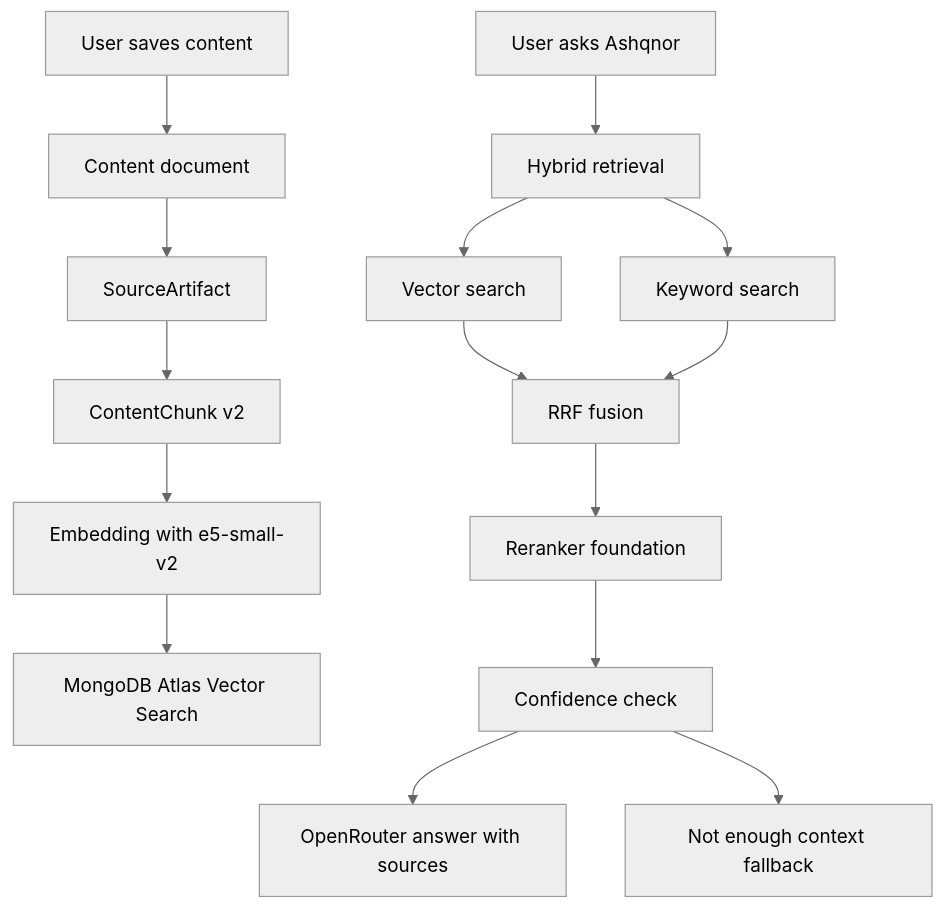
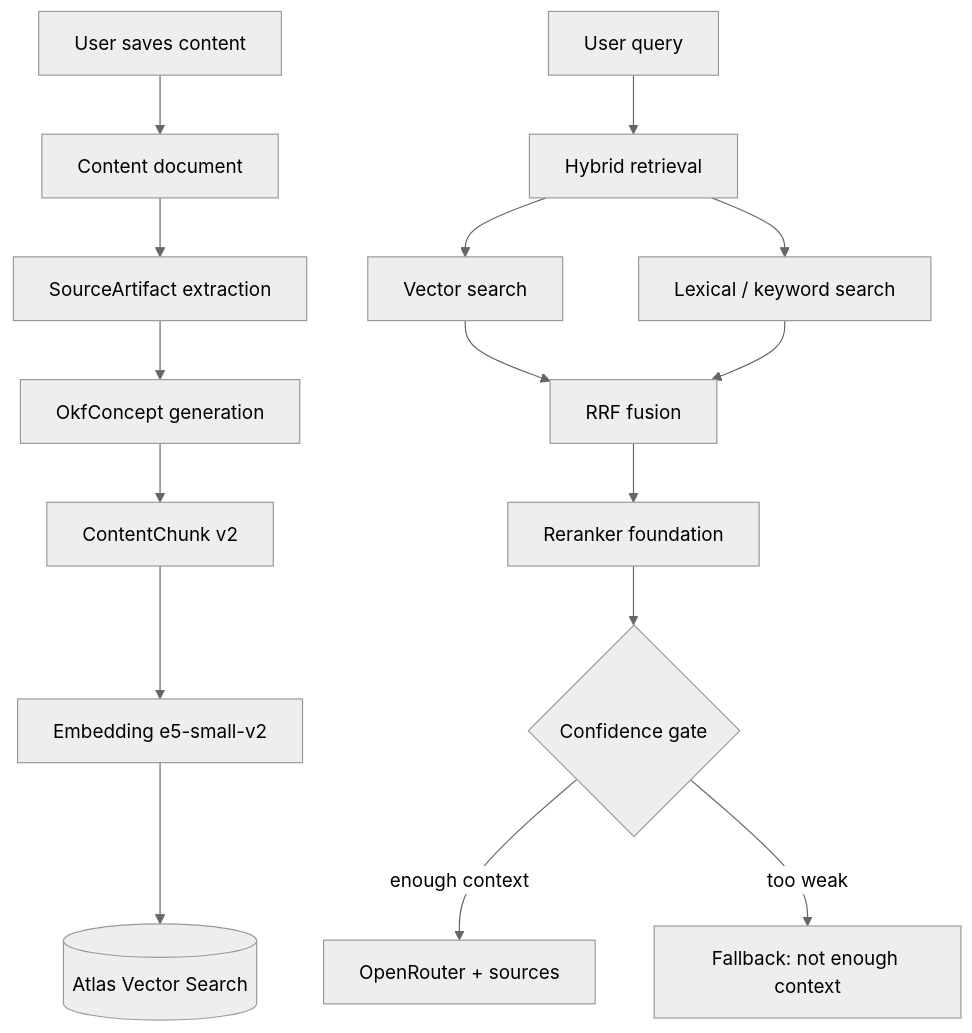
One commit to ANUKOOL324/Concious changed the second of 4 diagrams in README.md. Above: the diagram before and after it, drawn with Mermaid (neutral theme). The commit also changed other lines of this file and 1 other file, not shown here.

````diff
--- a/README.md
+++ b/README.md
@@ -63,17 +98,19 @@
 ```mermaid
 flowchart TD
   A[User saves content] --> B[Content document]
-  B --> C[SourceArtifact]
-  C --> D[ContentChunk v2]
-  D --> E[Embedding with e5-small-v2]
-  E --> F[MongoDB Atlas Vector Search]
-  G[User asks Ashqnor] --> H[Hybrid retrieval]
+  B --> C[SourceArtifact extraction]
+  C --> D[OkfConcept generation]
+  D --> E[ContentChunk v2]
+  E --> F[Embedding e5-small-v2]
+  F --> G[(Atlas Vector Search)]
+
+  Q[User query] --> H[Hybrid retrieval]
   H --> I[Vector search]
-  H --> J[Keyword search]
+  H --> J[Lexical / keyword search]
   I --> K[RRF fusion]
   J --> K
   K --> L[Reranker foundation]
-  L --> M[Confidence check]
-  M --> N[OpenRouter answer with sources]
-  M --> O[Not enough context fallback]
+  L --> M{Confidence gate}
+  M -->|enough context| N[OpenRouter + sources]
+  M -->|too weak| O[Fallback: not enough context]
 ```
````
